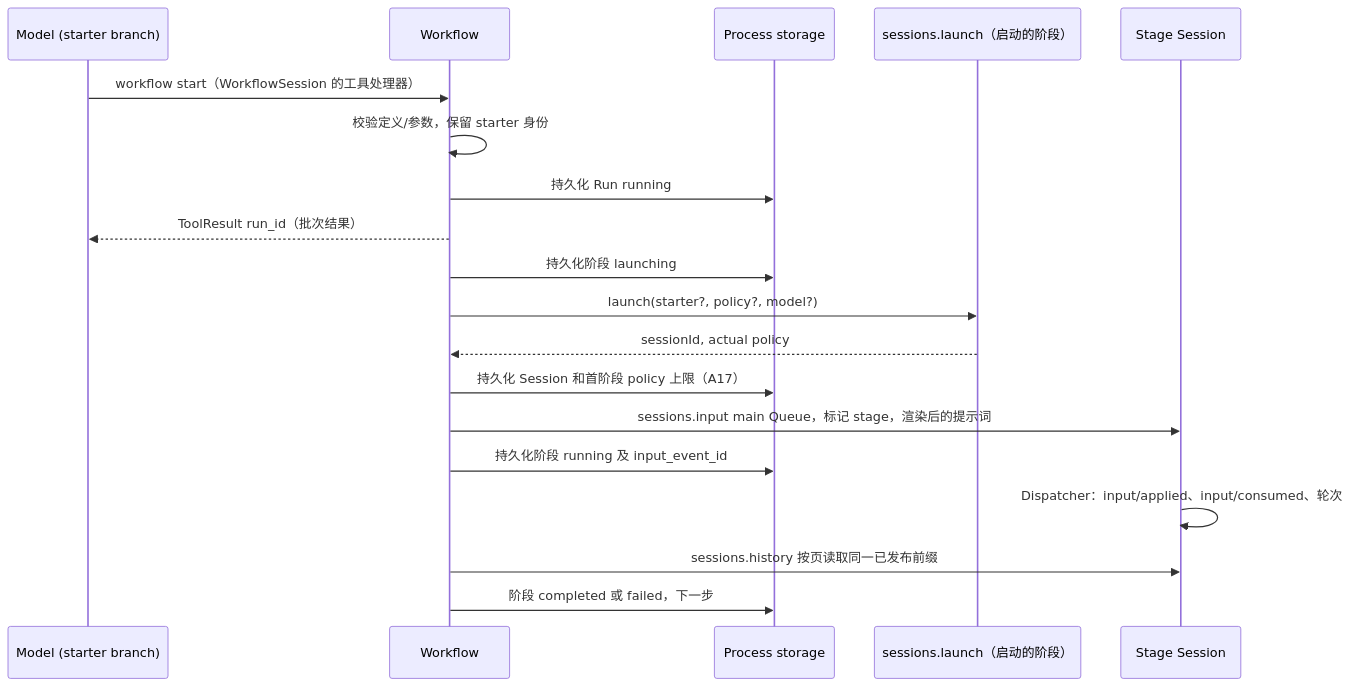
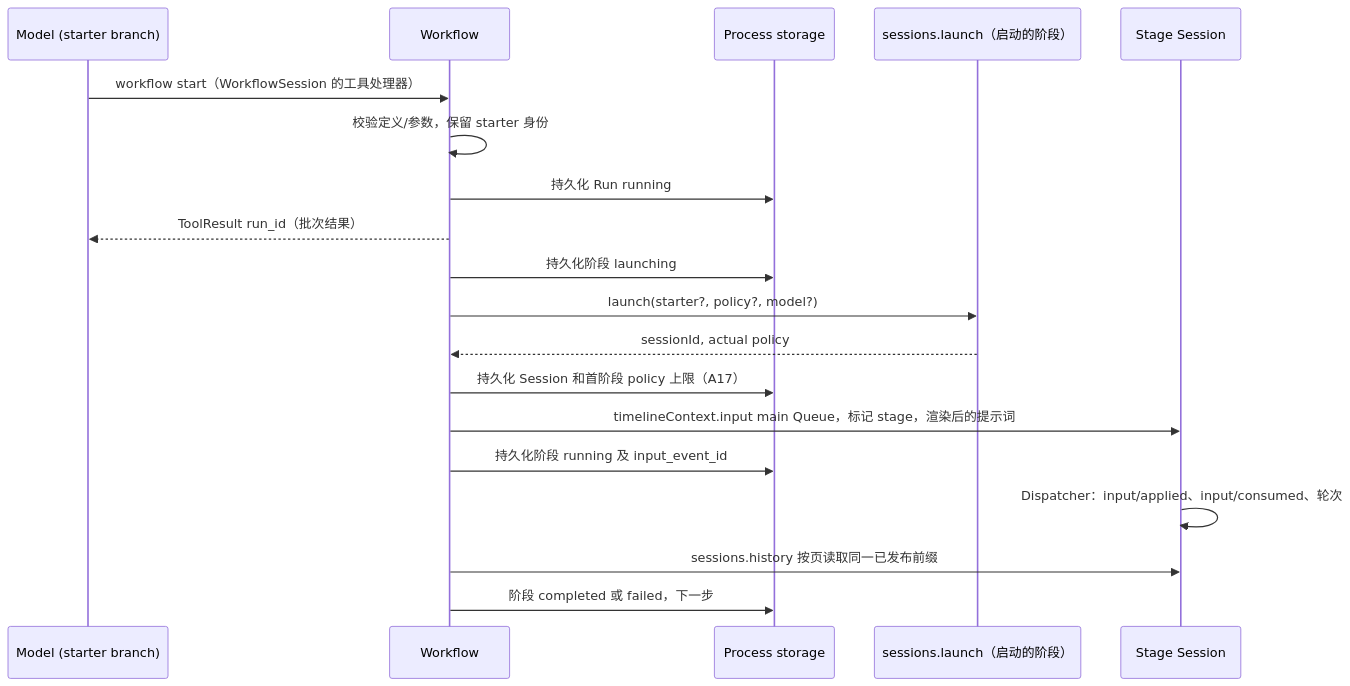
One commit to arcships/dim changed the third of 6 diagrams in docs/zh/design/plugins/Workflow.md. Above: the diagram before and after it, drawn with Mermaid. The commit also changed other lines of this file and 142 other files, not shown here.

````diff
--- a/docs/zh/design/plugins/Workflow.md
+++ b/docs/zh/design/plugins/Workflow.md
@@ -170,21 +174,21 @@
 ```mermaid
 sequenceDiagram
   participant M as Model (starter branch)
   participant WF as Workflow
   participant ST as Process storage
   participant AG as sessions.launch（启动的阶段）
   participant SS as Stage Session
   M->>WF: workflow start（WorkflowSession 的工具处理器）
   WF->>WF: 校验定义/参数，保留 starter 身份
   WF->>ST: 持久化 Run running
   WF-->>M: ToolResult run_id（批次结果）
   WF->>ST: 持久化阶段 launching
   WF->>AG: launch(starter?, policy?, model?)
   AG-->>WF: sessionId, actual policy
   WF->>ST: 持久化 Session 和首阶段 policy 上限（A17）
-  WF->>SS: sessions.input main Queue，标记 stage，渲染后的提示词
+  WF->>SS: timelineContext.input main Queue，标记 stage，渲染后的提示词
   WF->>ST: 持久化阶段 running 及 input_event_id
   SS->>SS: Dispatcher：input/applied、input/consumed、轮次
   WF->>SS: sessions.history 按页读取同一已发布前缀
   WF->>ST: 阶段 completed 或 failed，下一步
 ```
````
